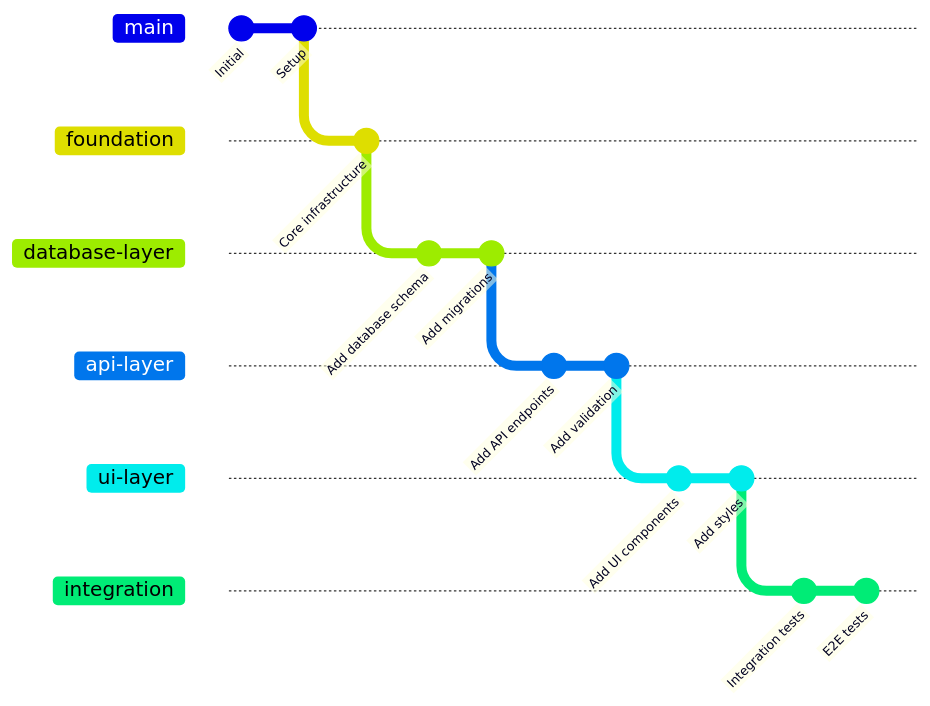
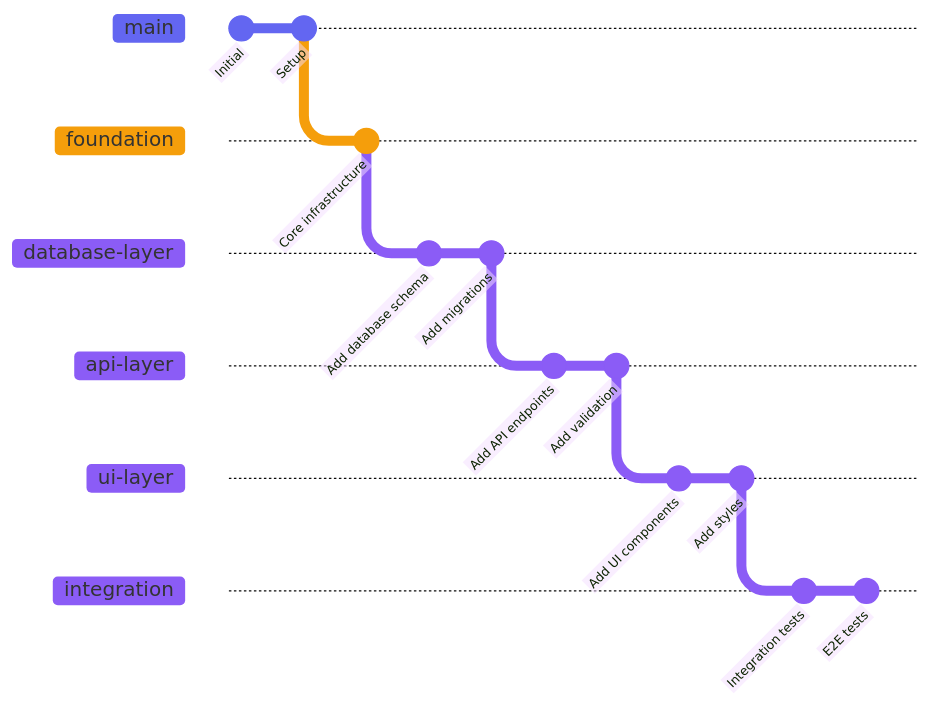
The first of 4 diagrams in documentation/content/docs/advanced-workflows.mdx (yannvanhalewyn/prstack), drawn with Mermaid before and after one commit. The commit also changed other lines of this file and 4 other files, not shown here.

````diff
--- a/documentation/content/docs/advanced-workflows.mdx
+++ b/documentation/content/docs/advanced-workflows.mdx
@@ -16,19 +16,20 @@
 ```mermaid
+%%{init: {'theme':'base', 'themeVariables': {'git0':'#6366f1','git1':'#f59e0b','git2':'#8b5cf6','git3':'#8b5cf6','git4':'#8b5cf6','git5':'#8b5cf6'}}}%%
 gitGraph
   commit id: "Initial"
   commit id: "Setup"
   branch foundation
   commit id: "Core infrastructure"
   branch database-layer
   commit id: "Add database schema"
   commit id: "Add migrations"
   branch api-layer
   commit id: "Add API endpoints"
   commit id: "Add validation"
   branch ui-layer
   commit id: "Add UI components"
   commit id: "Add styles"
   branch integration
   commit id: "Integration tests"
   commit id: "E2E tests"
 ```
````
